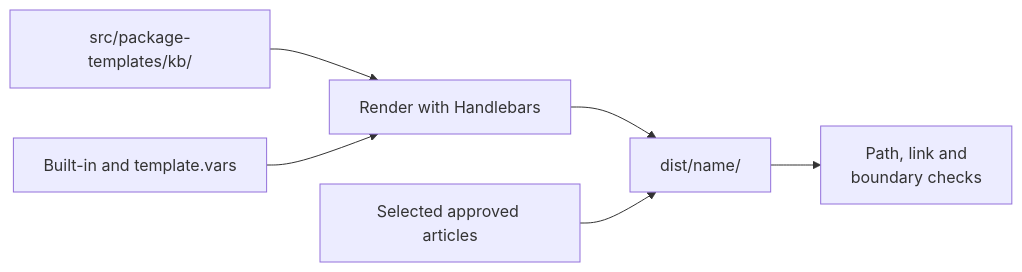
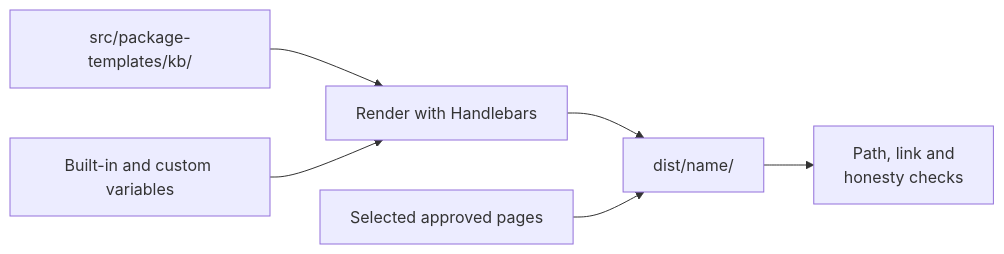
One commit to context4ai/portal changed the diagram in knowledge/sop/outputs-and-sites/custom-output-templates.md. Above: the diagram before and after it, drawn with Mermaid. The commit also changed other lines of this file and 129 other files, not shown here.

````diff
--- a/knowledge/sop/outputs-and-sites/custom-output-templates.md
+++ b/knowledge/sop/outputs-and-sites/custom-output-templates.md
@@ -14,8 +16,8 @@
 ```mermaid
 flowchart LR
   tpl["src/package-templates/kb/"] --> render["Render with Handlebars"]
-  vars["Built-in and template.vars"] --> render
+  vars["Built-in and custom variables"] --> render
   render --> out["dist/name/"]
-  approved["Selected approved articles"] --> out
-  out --> check["Path, link and<br/>boundary checks"]
+  approved["Selected approved pages"] --> out
+  out --> check["Path, link and<br/>honesty checks"]
 ```
````
